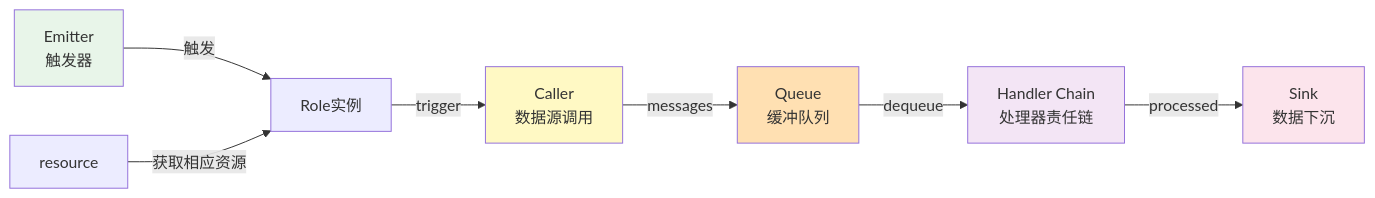
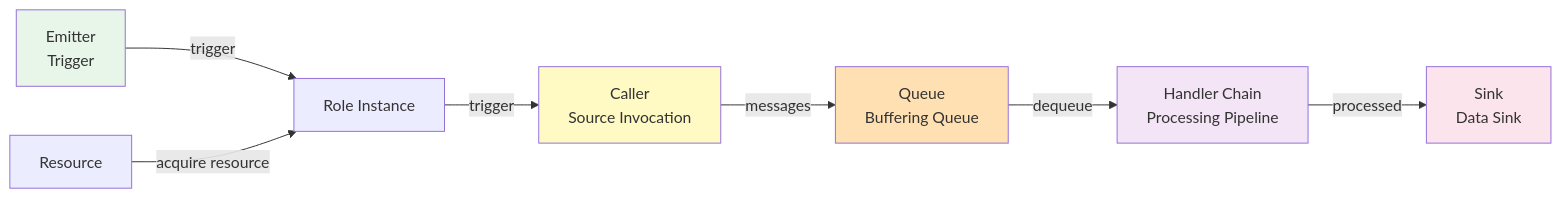
One commit to sjtutwilight/CryptoAgent changed the third of 12 diagrams in README.md. Above: the diagram before and after it, drawn with Mermaid. The commit also changed other lines of this file, not shown here.

````diff
--- a/README.md
+++ b/README.md
@@ -141,16 +159,16 @@
 ```mermaid
 graph LR
-    A[Emitter<br/>触发器] --触发-->R[Role实例]
-    F[resource]--获取相应资源-->R
-    R[Role实例]-->|trigger| B[Caller<br/>数据源调用]
-    B -->|messages| C[Queue<br/>缓冲队列]
-    C -->|dequeue| D[Handler Chain<br/>处理器责任链]
-    D -->|processed| E[Sink<br/>数据下沉]
+    A[Emitter<br/>Trigger] --trigger--> R[Role Instance]
+    F[Resource] --acquire resource--> R
+    R --trigger--> B[Caller<br/>Source Invocation]
+    B -->|messages| C[Queue<br/>Buffering Queue]
+    C -->|dequeue| D[Handler Chain<br/>Processing Pipeline]
+    D -->|processed| E[Sink<br/>Data Sink]
 
     style A fill:#e8f5e9
     style B fill:#fff9c4
     style C fill:#ffe0b2
     style D fill:#f3e5f5
     style E fill:#fce4ec
 
 ```
````
